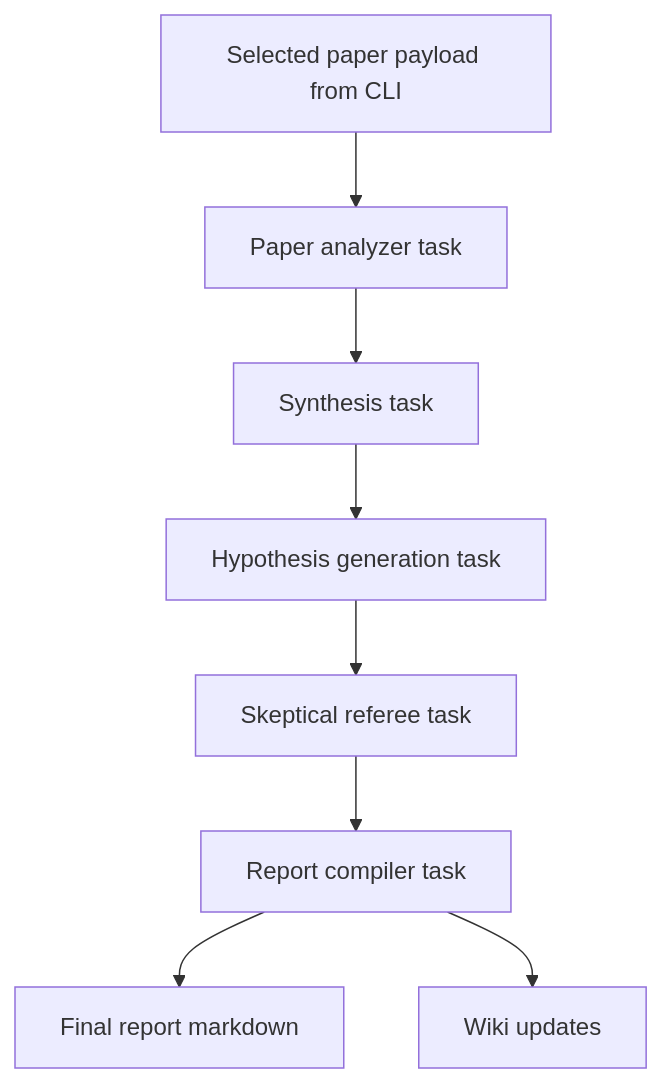
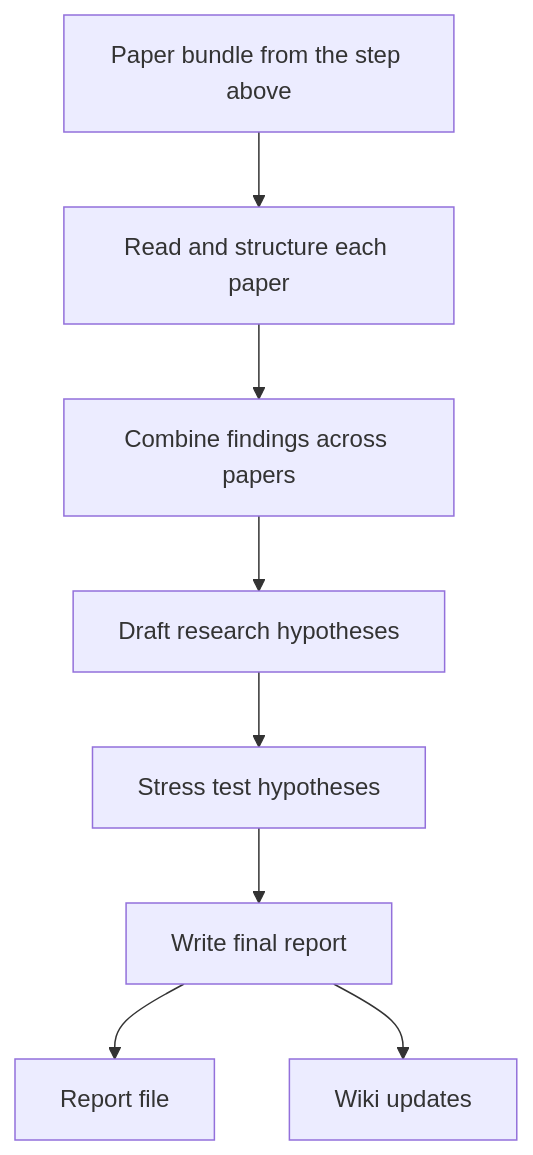
The second of 3 diagrams in README.md (panchambanerjee/astro-research-assistant), drawn with Mermaid before and after one commit. The commit also changed other lines of this file and 8 other files, not shown here.

````diff
--- a/README.md
+++ b/README.md
@@ -232,10 +222,10 @@
 ```mermaid
 flowchart TD
-    Payload[Selected paper payload from CLI] --> Analyze[Paper analyzer task]
-    Analyze --> Synth[Synthesis task]
-    Synth --> Hyp[Hypothesis generation task]
-    Hyp --> Referee[Skeptical referee task]
-    Referee --> Compile[Report compiler task]
-    Compile --> ReportOut[Final report markdown]
-    Compile --> WikiOut[Wiki updates]
+    In[Paper bundle from the step above] --> Read[Read and structure each paper]
+    Read --> Combine[Combine findings across papers]
+    Combine --> Hyp[Draft research hypotheses]
+    Hyp --> Review[Stress test hypotheses]
+    Review --> Write[Write final report]
+    Write --> R[Report file]
+    Write --> W[Wiki updates]
 ```
````
